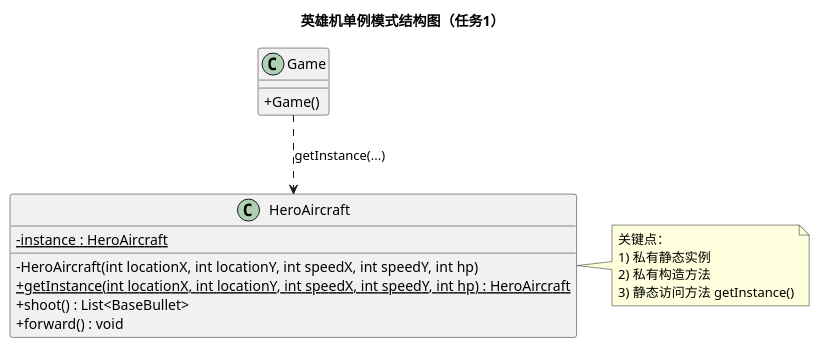
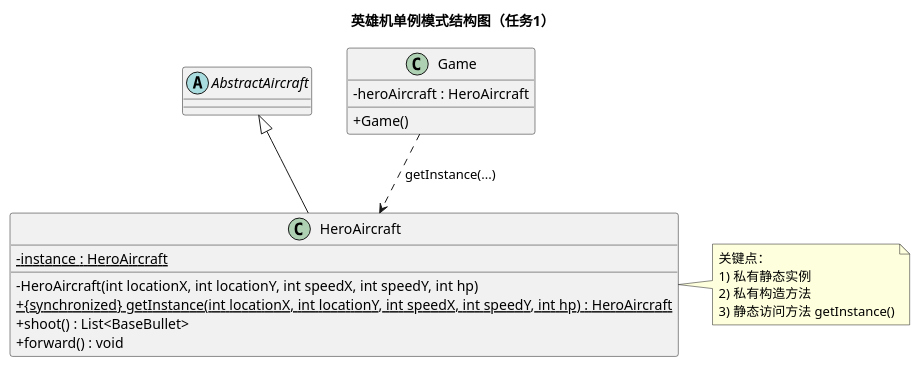
One commit to capoo-fan/class-experiment changed the diagram in Software-Construction/AircraftWar-base1.0/uml/Singleton-HeroAircraft.puml. Above: the diagram before and after it, drawn with PlantUML. The commit also changed 5 other files, not shown here.

```diff
--- a/Software-Construction/AircraftWar-base1.0/uml/Singleton-HeroAircraft.puml
+++ b/Software-Construction/AircraftWar-base1.0/uml/Singleton-HeroAircraft.puml
@@ -1,27 +1,32 @@
 @startuml
 title 英雄机单例模式结构图（任务1）
 
 skinparam classAttributeIconSize 0
 
 class HeroAircraft {
   - {static} instance : HeroAircraft
   - HeroAircraft(int locationX, int locationY, int speedX, int speedY, int hp)
-  + {static} getInstance(int locationX, int locationY, int speedX, int speedY, int hp) : HeroAircraft
+  + {static} {synchronized} getInstance(int locationX, int locationY, int speedX, int speedY, int hp) : HeroAircraft
   + shoot() : List<BaseBullet>
   + forward() : void
 }
 
+abstract class AbstractAircraft
+
 class Game {
+  - heroAircraft : HeroAircraft
   + Game()
 }
+
+AbstractAircraft <|-- HeroAircraft
 
 Game ..> HeroAircraft : getInstance(...)
 
 note right of HeroAircraft
   关键点：
   1) 私有静态实例
   2) 私有构造方法
   3) 静态访问方法 getInstance()
 end note
 
 @enduml
```
